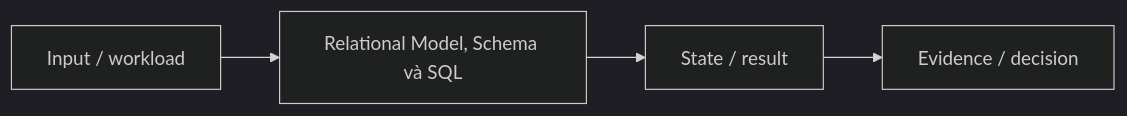
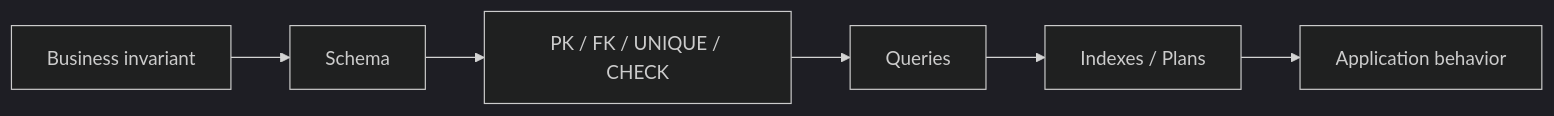
One commit to Trinhduyet/trinhduyet.github.io changed the diagram in docs/05-sql/relational-model-schema-and-sql.md. Above: the diagram before and after it, drawn with Mermaid (dark theme). The commit also changed other lines of this file, not shown here.

Commit message:
docs(sql): rewrite relational model schema and query guide

````diff
--- a/docs/05-sql/relational-model-schema-and-sql.md
+++ b/docs/05-sql/relational-model-schema-and-sql.md
@@ -19,4 +22,8 @@
-~~~mermaid
+```mermaid
 flowchart LR
-    A["Input / workload"] --> B["Relational Model, Schema và SQL"] --> C["State / result"] --> D["Evidence / decision"]
-~~~
+    A[Business invariant] --> B[Schema]
+    B --> C[PK / FK / UNIQUE / CHECK]
+    C --> D[Queries]
+    D --> E[Indexes / Plans]
+    E --> F[Application behavior]
+```
````
